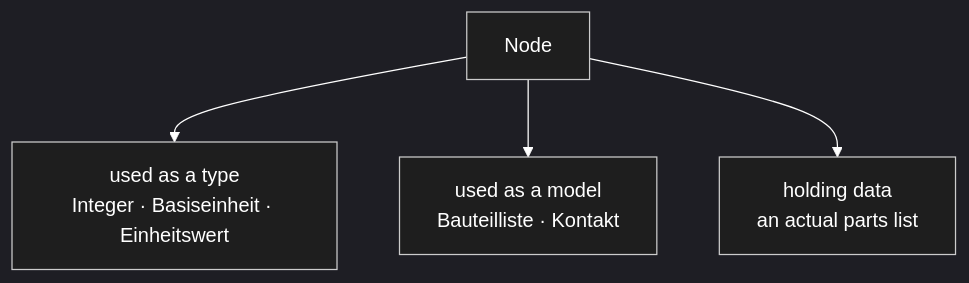
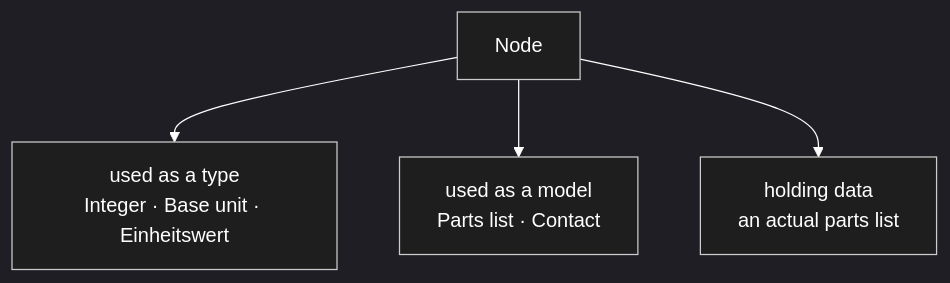
One commit to sfambach/wp-taxonomy-modeler changed diagram 19 of 50 in docs/NewConcept/10-domain-core.md. Above: the diagram before and after it, drawn with Mermaid. The commit also changed other lines of this file and 7 other files, not shown here.

````diff
--- a/docs/NewConcept/10-domain-core.md
+++ b/docs/NewConcept/10-domain-core.md
@@ -1494,17 +1494,17 @@
 ```mermaid
 ---
 config:
   theme: dark
   themeVariables:
     mainBkg: "#1e1e1e"
     background: "#1e1e1e"
     primaryColor: "#1e1e1e"
     classText: "#ffffff"
     textColor: "#ffffff"
     lineColor: "#ffffff"
 ---
 flowchart TD
-    N[Node] --> T["used as a type<br/>Integer · Basiseinheit · Einheitswert"]
-    N --> M["used as a model<br/>Bauteilliste · Kontakt"]
+    N[Node] --> T["used as a type<br/>Integer · Base unit · Einheitswert"]
+    N --> M["used as a model<br/>Parts list · Contact"]
     N --> I["holding data<br/>an actual parts list"]
 ```
````
